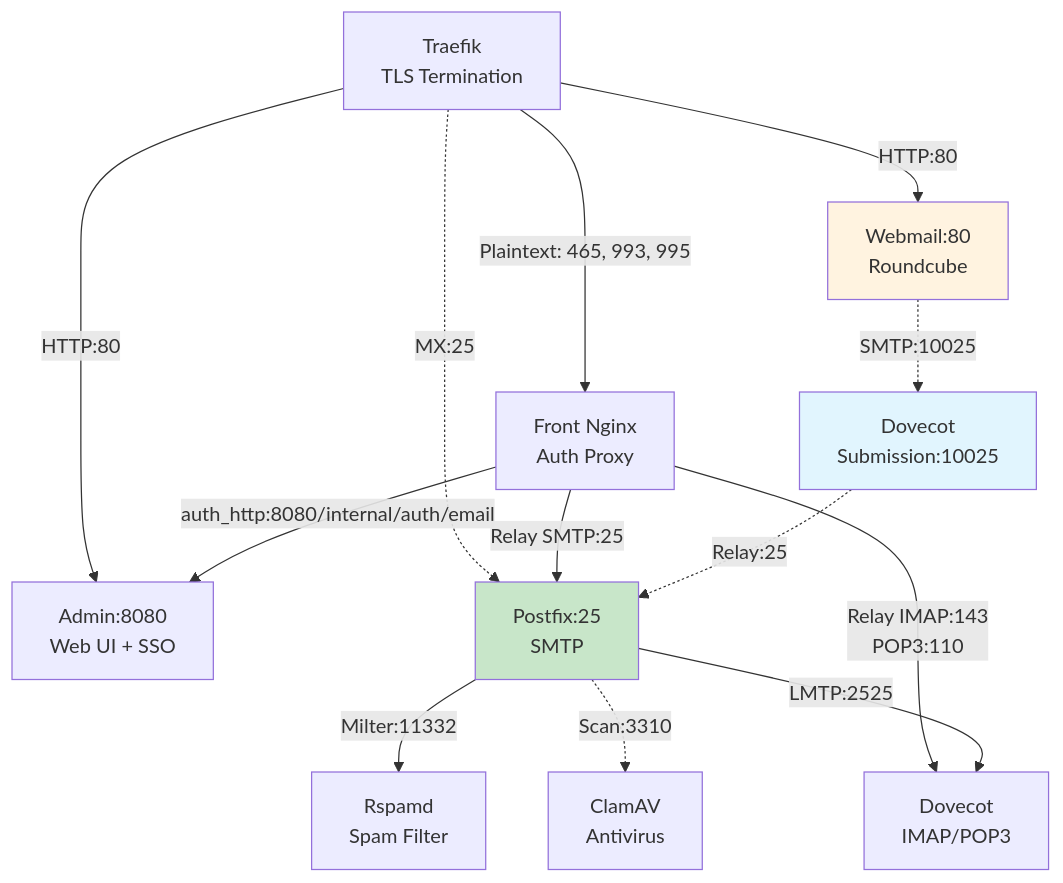
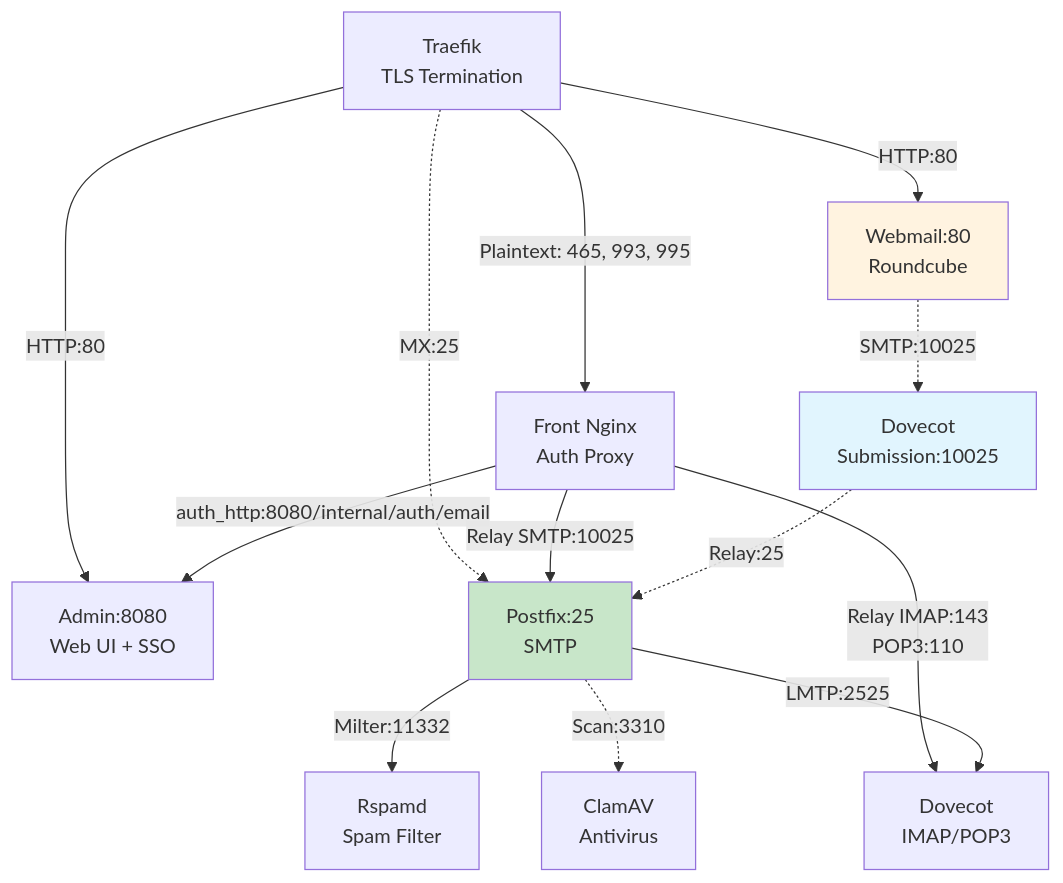
Before and after one commit to bluedynamics/cdk8s-mailu: the diagram in documentation/sources/explanation/architecture.md, drawn with Mermaid. The commit also changed other lines of this file and 39 other files, not shown here.

First line of the commit message:
feat!: front runs the official nginx image as a plain mail proxy (#41)

````diff
--- a/documentation/sources/explanation/architecture.md
+++ b/documentation/sources/explanation/architecture.md
@@ -13,21 +13,21 @@
 ```mermaid
 graph TB
     Ingress[Traefik<br/>TLS Termination] -->|Plaintext: 465, 993, 995| FrontNginx[Front Nginx<br/>Auth Proxy]
     Ingress -->|HTTP:80| Admin[Admin:8080<br/>Web UI + SSO]
     Ingress -->|HTTP:80| Webmail[Webmail:80<br/>Roundcube]
     Ingress -.MX:25.-> Postfix[Postfix:25<br/>SMTP]
     FrontNginx -->|auth_http:8080/internal/auth/email| Admin
-    FrontNginx -->|Relay SMTP:25| Postfix
+    FrontNginx -->|Relay SMTP:10025| Postfix
     FrontNginx -->|Relay IMAP:143<br/>POP3:110| Dovecot[Dovecot<br/>IMAP/POP3]
 
     Webmail -.SMTP:10025.-> DovecotSub[Dovecot<br/>Submission:10025]
     DovecotSub -.Relay:25.-> Postfix
 
     Postfix -->|Milter:11332| Rspamd[Rspamd<br/>Spam Filter]
     Postfix -.Scan:3310.-> ClamAV[ClamAV<br/>Antivirus]
     Postfix -->|LMTP:2525| Dovecot
 
     style DovecotSub fill:#e1f5fe
     style Webmail fill:#fff3e0
     style Postfix fill:#c8e6c9
 ```
````
